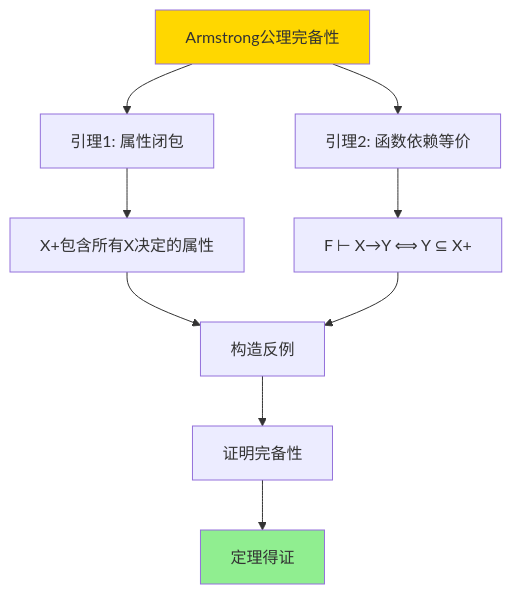
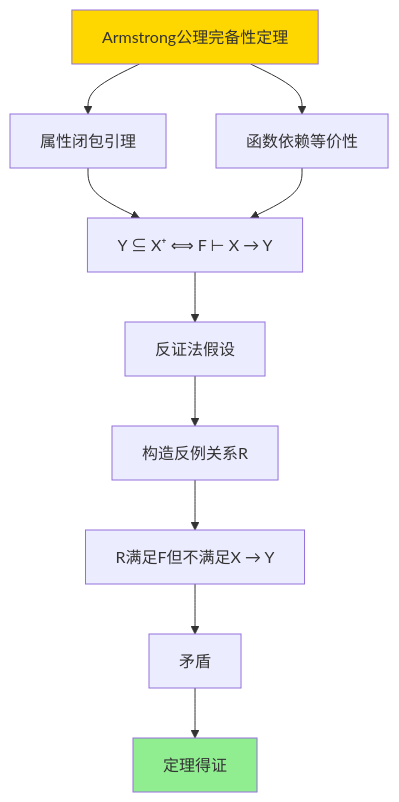
The sixth of 7 diagrams in PostgreSQL/10-理论基础/09-数据模型与规范化/09.01-关系约束与规范化-函数依赖与范式证明.md (AdaMartin18010/PostgreSQL_modern), drawn with Mermaid before and after one commit. The commit also changed other lines of this file and 80 other files, not shown here.

````diff
--- a/PostgreSQL/10-理论基础/09-数据模型与规范化/09.01-关系约束与规范化-函数依赖与范式证明.md
+++ b/PostgreSQL/10-理论基础/09-数据模型与规范化/09.01-关系约束与规范化-函数依赖与范式证明.md
@@ -296,14 +354,15 @@
 ```mermaid
 graph TD
-    A[Armstrong公理完备性] --> B[引理1: 属性闭包]
-    A --> C[引理2: 函数依赖等价]
-    B --> D[X+包含所有X决定的属性]
-    C --> E[F ⊢ X→Y ⟺ Y ⊆ X+]
-    D --> F[构造反例]
-    E --> F
-    F --> G[证明完备性]
-    G --> H[定理得证]
+    A[Armstrong公理完备性定理] --> B[属性闭包引理]
+    A --> C[函数依赖等价性]
+    B --> D[Y ⊆ X⁺ ⟺ F ⊢ X → Y]
+    C --> D
+    D --> E[反证法假设]
+    E --> F[构造反例关系R]
+    F --> G[R满足F但不满足X → Y]
+    G --> H[矛盾]
+    H --> I[定理得证]
 
     style A fill:#FFD700
-    style H fill:#90EE90
+    style I fill:#90EE90
 ```
````
